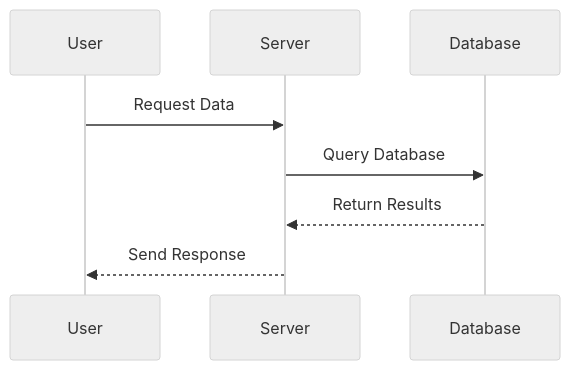
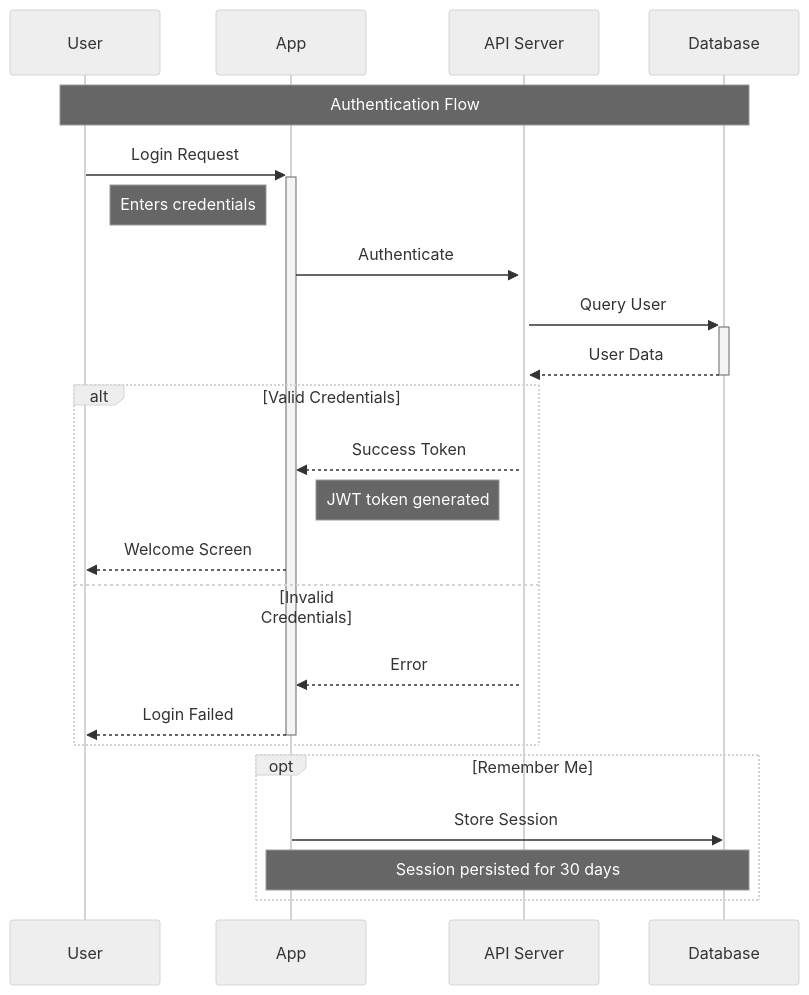
One commit to developerstephanieb/ref-markup-config changed the third of 7 diagrams in 01-markdown/diagrams.md. Above: the diagram before and after it, drawn with Mermaid (neutral theme). The commit also changed other lines of this file, not shown here.

Commit message:
docs: add class & er diagrams

````diff
--- a/01-markdown/diagrams.md
+++ b/01-markdown/diagrams.md
@@ -122,11 +181,29 @@
 ```mermaid
 sequenceDiagram
     participant U as User
-    participant S as Server
-    participant D as Database
+    participant A as App
+    participant API as API Server
+    participant DB as Database
+
+    Note over U,DB: Authentication Flow
     
-    U->>S: Request Data
-    S->>D: Query Database
-    D-->>S: Return Results
-    S-->>U: Send Response
+    U->>+A: Login Request
+    Note right of U: Enters credentials
+    A->>+API: Authenticate
+    API->>+DB: Query User
+    DB-->>-API: User Data
+    
+    alt Valid Credentials
+        API-->>A: Success Token
+        Note left of API: JWT token generated
+        A-->>U: Welcome Screen
+    else Invalid Credentials
+        API-->>A: Error
+        A-->>-U: Login Failed
+    end
+    
+    opt Remember Me
+        A->>DB: Store Session
+        Note over A,DB: Session persisted for 30 days
+    end
 ```
````
